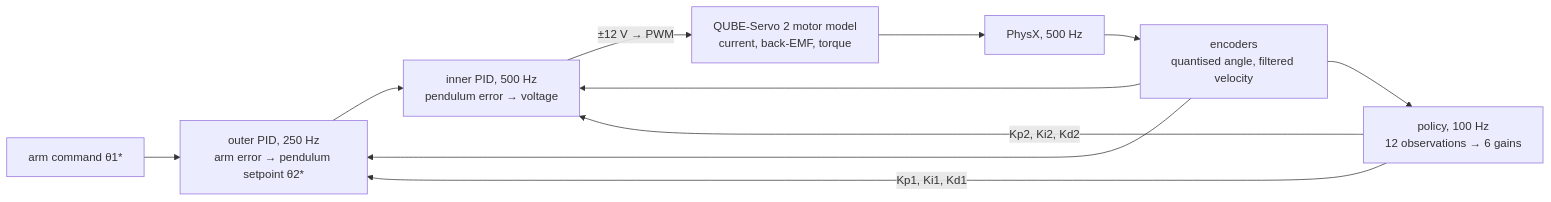
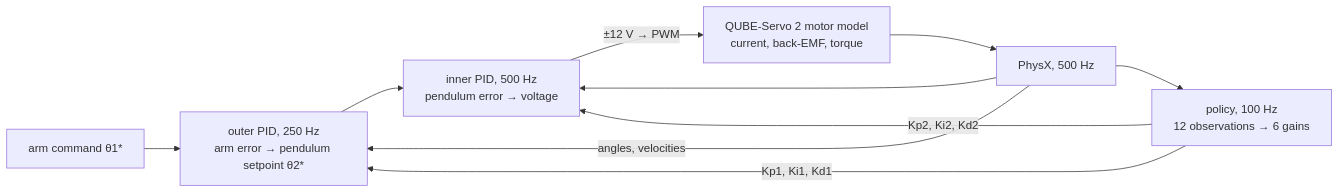
The diagram in README.md (vohongquann/RotaryPendulum-IsaacLab), drawn with Mermaid before and after one commit. The commit also changed other lines of this file and 37 other files, not shown here.

````diff
--- a/README.md
+++ b/README.md
@@ -11,13 +11,12 @@
 ```mermaid
 flowchart LR
     CMD["arm command θ1*"] --> OUT
     POL["policy, 100 Hz<br/>12 observations → 6 gains"] -->|"Kp1, Ki1, Kd1"| OUT
     POL -->|"Kp2, Ki2, Kd2"| IN
     OUT["outer PID, 250 Hz<br/>arm error → pendulum setpoint θ2*"] --> IN
     IN["inner PID, 500 Hz<br/>pendulum error → voltage"] -->|"±12 V → PWM"| MOT["QUBE-Servo 2 motor model<br/>current, back-EMF, torque"]
     MOT --> SIM["PhysX, 500 Hz"]
-    SIM --> ENC["encoders<br/>quantised angle, filtered velocity"]
-    ENC --> OUT
-    ENC --> IN
-    ENC --> POL
+    SIM -->|"angles, velocities"| OUT
+    SIM --> IN
+    SIM --> POL
 ```
````
